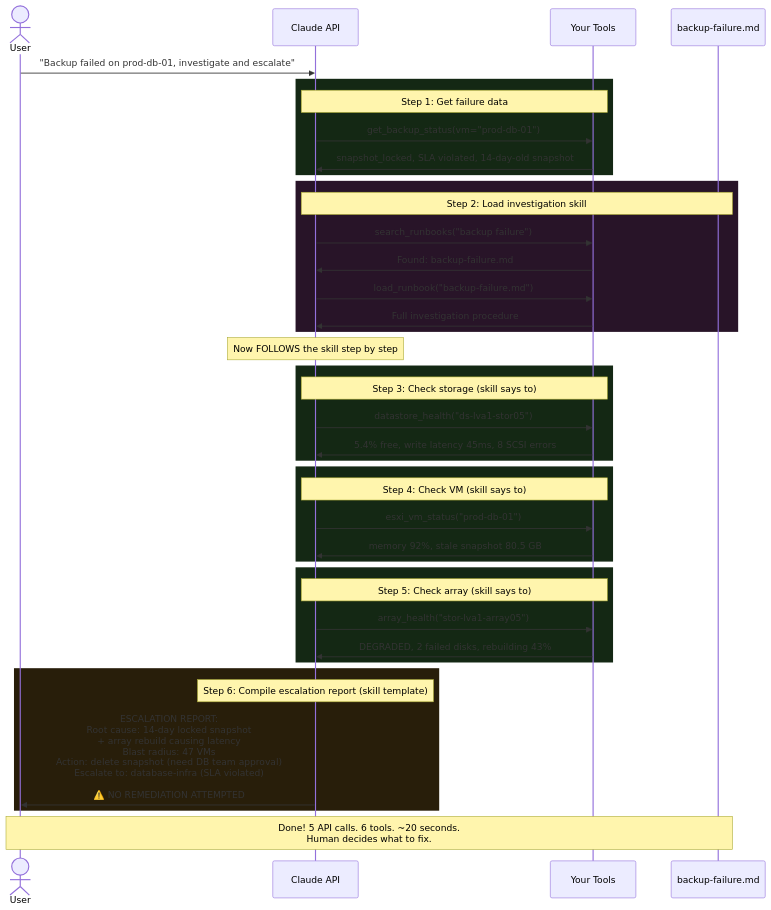
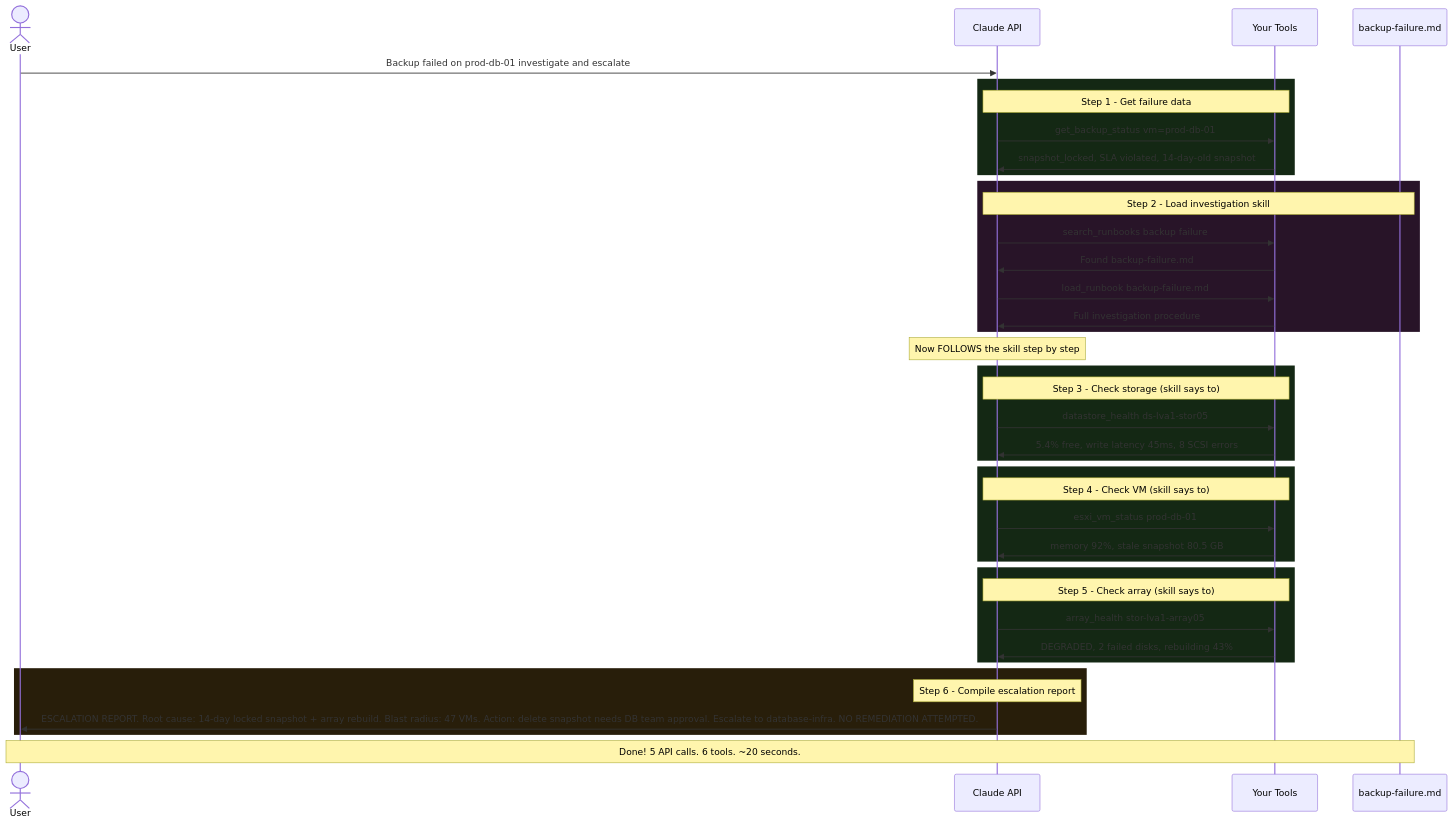
Before and after one commit to arjuntony/storage-oncall-agent-blueprint: the sixth of 9 diagrams in STORY.md, drawn with Mermaid. The commit also changed other lines of this file, not shown here.

First line of the commit message:
Fix Mermaid diagrams for GitHub rendering

````diff
--- a/STORY.md
+++ b/STORY.md
@@ -185,50 +185,50 @@
 ```mermaid
 sequenceDiagram
     actor User
     participant Claude as Claude API
     participant Tools as Your Tools
     participant Skill as backup-failure.md
 
-    User->>Claude: "Backup failed on prod-db-01, investigate and escalate"
-    
+    User->>Claude: Backup failed on prod-db-01 investigate and escalate
+
     rect rgb(20, 40, 20)
-    Note over Claude,Tools: Step 1: Get failure data
-    Claude->>Tools: get_backup_status(vm="prod-db-01")
+    Note over Claude,Tools: Step 1 - Get failure data
+    Claude->>Tools: get_backup_status vm=prod-db-01
     Tools->>Claude: snapshot_locked, SLA violated, 14-day-old snapshot
     end
 
     rect rgb(40, 20, 40)
-    Note over Claude,Skill: Step 2: Load investigation skill
-    Claude->>Tools: search_runbooks("backup failure")
-    Tools->>Claude: Found: backup-failure.md
-    Claude->>Tools: load_runbook("backup-failure.md")
+    Note over Claude,Skill: Step 2 - Load investigation skill
+    Claude->>Tools: search_runbooks backup failure
+    Tools->>Claude: Found backup-failure.md
+    Claude->>Tools: load_runbook backup-failure.md
     Tools->>Claude: Full investigation procedure
     end
 
     Note over Claude: Now FOLLOWS the skill step by step
 
     rect rgb(20, 40, 20)
-    Note over Claude,Tools: Step 3: Check storage (skill says to)
-    Claude->>Tools: datastore_health("ds-lva1-stor05")
+    Note over Claude,Tools: Step 3 - Check storage (skill says to)
+    Claude->>Tools: datastore_health ds-lva1-stor05
     Tools->>Claude: 5.4% free, write latency 45ms, 8 SCSI errors
     end
 
     rect rgb(20, 40, 20)
-    Note over Claude,Tools: Step 4: Check VM (skill says to)
-    Claude->>Tools: esxi_vm_status("prod-db-01")
+    Note over Claude,Tools: Step 4 - Check VM (skill says to)
+    Claude->>Tools: esxi_vm_status prod-db-01
     Tools->>Claude: memory 92%, stale snapshot 80.5 GB
     end
 
     rect rgb(20, 40, 20)
-    Note over Claude,Tools: Step 5: Check array (skill says to)
-    Claude->>Tools: array_health("stor-lva1-array05")
+    Note over Claude,Tools: Step 5 - Check array (skill says to)
+    Claude->>Tools: array_health stor-lva1-array05
     Tools->>Claude: DEGRADED, 2 failed disks, rebuilding 43%
     end
 
     rect rgb(40, 30, 10)
-    Note over Claude: Step 6: Compile escalation report (skill template)
-    Claude->>User: ESCALATION REPORT:<br/>Root cause: 14-day locked snapshot<br/>+ array rebuild causing latency<br/>Blast radius: 47 VMs<br/>Action: delete snapshot (need DB team approval)<br/>Escalate to: database-infra (SLA violated)<br/><br/>⚠️ NO REMEDIATION ATTEMPTED
+    Note over Claude: Step 6 - Compile escalation report
+    Claude->>User: ESCALATION REPORT. Root cause: 14-day locked snapshot + array rebuild. Blast radius: 47 VMs. Action: delete snapshot needs DB team approval. Escalate to database-infra. NO REMEDIATION ATTEMPTED.
     end
 
-    Note over User,Skill: Done! 5 API calls. 6 tools. ~20 seconds.<br/>Human decides what to fix.
+    Note over User,Skill: Done! 5 API calls. 6 tools. ~20 seconds.
 ```
````
